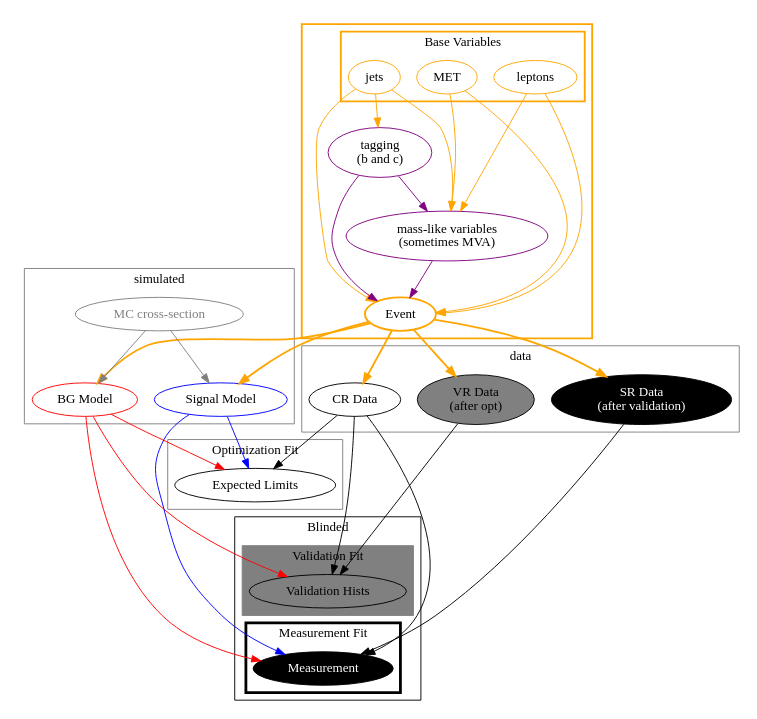
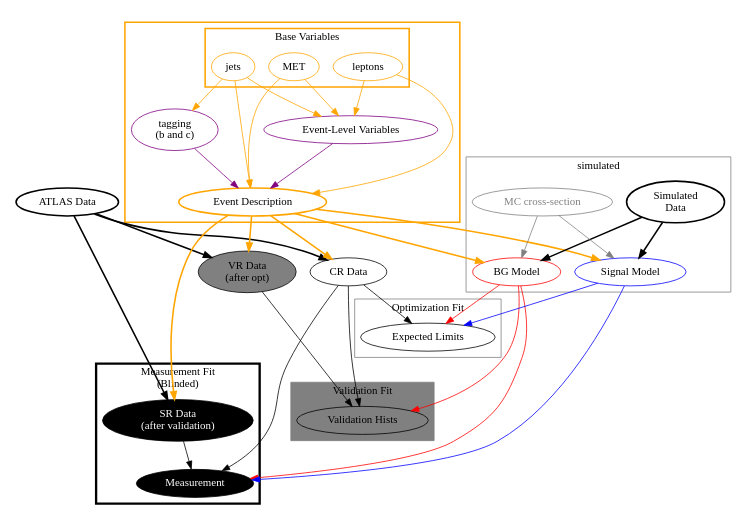
The diagram in dot/objects.dot (dguest/test-insert), drawn with Graphviz before and after one commit.

Commit message:
clean up the analysis object description

```diff
--- a/dot/objects.dot
+++ b/dot/objects.dot
@@ -1,100 +1,105 @@
-digraph g { 
+digraph g {
 
 graph [size = "6, 6"]
 
-subgraph cluster_evt { 
+data [label="ATLAS Data", penwidth=2]
+
+subgraph cluster_evt {
 color=orange
 penwidth=2
 
-subgraph cluster_0{ 
-rank=same
+subgraph cluster_0{
+//rank=same
 label="Base Variables"
 color=orange
 jets [label="jets", color = orange  ]
 met [label="MET" , color = orange]
 lept [label="leptons" color = orange]
-}			
+}
 
 tag [label="tagging\n(b and c)", color=purple]
-mcomb [label="mass-like variables\n(sometimes MVA)", color=purple]
+mcomb [label="Event-Level Variables", color=purple]
 
 jets -> tag [color=orange]
 jets -> mcomb [color=orange]
 met -> mcomb [color=orange]
-tag -> mcomb [color=purple]
+//tag -> mcomb [color=purple]
 lept -> mcomb [color=orange]
 
-event [ label="Event" , color=orange, penwidth=2]
+event [ label="Event Description" , color=orange, penwidth=2]
 jets -> event [color=orange]
-tag -> event [color=purple] 
+tag -> event [color=purple]
 met -> event [color=orange]
-lept -> event [color=orange] 
+lept -> event [color=orange]
 mcomb -> event [color=purple]
 
 }
 
-subgraph cluster_bg { 
+subgraph cluster_bg {
 label="simulated"
 color=gray
+simulation [label="Simulated\nData", penwidth=2]
 mcxsec [label="MC cross-section", color = grey, fontcolor=grey]
 bgmodel [label="BG Model", color = red]
 sigmodel [label="Signal Model", color=blue]
 }
+
+simulation -> sigmodel [penwidth=2]
+simulation -> bgmodel  [penwidth=2]
+
 mcxsec -> bgmodel [color = grey]
 event -> bgmodel [ color = orange, penwidth = 2]
 event -> sigmodel [ color = orange, penwidth = 2]
 mcxsec -> sigmodel [color = grey]
 
-subgraph cluster_data { 
-label="data"
-color=gray
 control [label="CR Data"]
 validation [label="VR Data\n(after opt)", style=filled, fillcolor=grey]
-signal [label="SR Data\n(after validation)", style=filled, fontcolor=white, fillcolor=black]
-}
+
 event -> control [ color = orange, penwidth = 2]
 event -> validation [ color = orange, penwidth = 2]
 event -> signal [ color = orange, penwidth = 2]
 
-subgraph cluster_bgfit { 
+subgraph cluster_bgfit {
 label="Optimization Fit"
 color=gray
 fitbghists [label="Expected Limits"]
 }
 control -> fitbghists
 bgmodel -> fitbghists [ color = red]
 sigmodel -> fitbghists [color = blue]
 
-subgraph cluster_blinded { 
-label="Blinded"
-rank=same
-
-subgraph cluster_valfit { 
+subgraph cluster_valfit {
 style=filled
 fillcolor=gray
 label="Validation Fit"
 color=gray
 valhists [label="Validation Hists"]
 }
+
+data -> control    [penwidth=2]
+data -> validation [penwidth=2]
+data -> signal     [penwidth=2]
+
 control -> valhists
 bgmodel -> valhists [color = red]
 validation -> valhists
 
 fitbghists -> valhists [style=invis]
 
-subgraph cluster_measfit { 
+subgraph cluster_measfit {
 penwidth=3
-label="Measurement Fit"
+label="Measurement Fit\n(Blinded)"
 color=black
 measfit [label="Measurement", style=filled, fillcolor=black, fontcolor=white]
+signal [label="SR Data\n(after validation)", style=filled, fontcolor=white, fillcolor=black]
 }
-control -> measfit 
+control -> measfit
 bgmodel -> measfit [color = red]
-signal -> measfit 
+signal -> measfit
 sigmodel -> measfit [color = blue]
 
 valhists -> measfit [style=invis]
 fitbghists -> measfit [style=invis]
 
+
 }
-}
```
